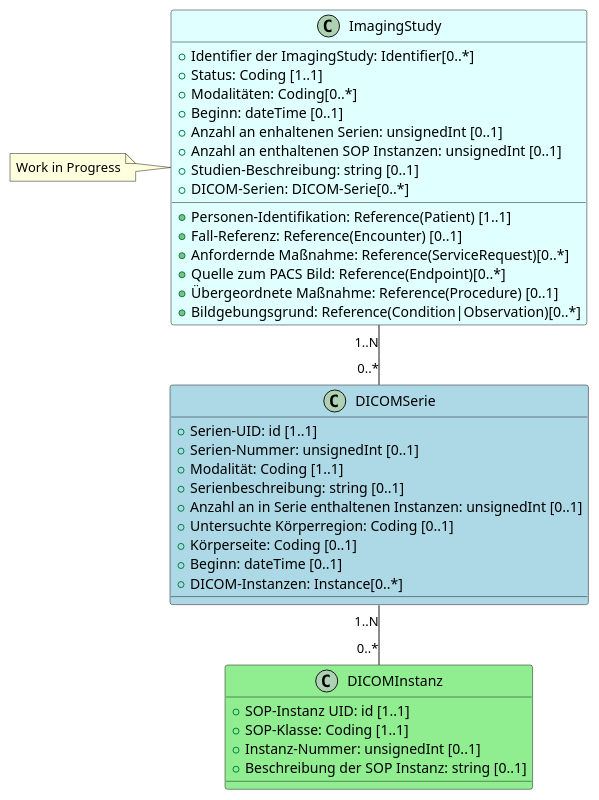
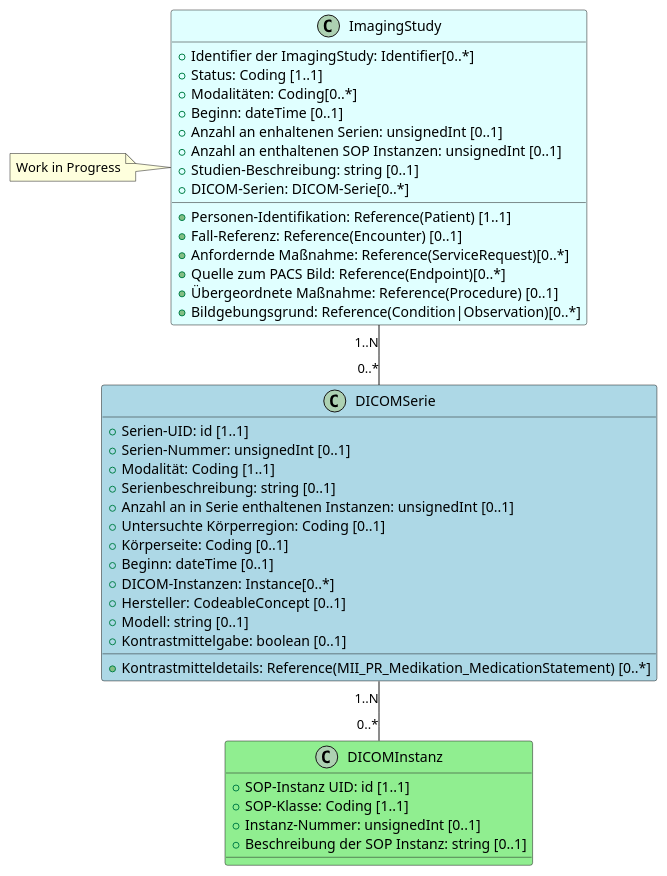
One commit to medizininformatik-initiative/kerndatensatz-bildgebung changed the diagram in plantUmlSrc/ImagingStudy.plantuml. Above: the diagram before and after it, drawn with PlantUML.

```diff
--- a/plantUmlSrc/ImagingStudy.plantuml
+++ b/plantUmlSrc/ImagingStudy.plantuml
@@ -1,41 +1,45 @@
 @startuml
 class ImagingStudy #LightCyan {
   + Identifier der ImagingStudy: Identifier[0..*]
   + Status: Coding [1..1]
   + Modalitäten: Coding[0..*]
   + Personen-Identifikation: Reference(Patient) [1..1]
   + Fall-Referenz: Reference(Encounter) [0..1]
   + Beginn: dateTime [0..1]
   + Anfordernde Maßnahme: Reference(ServiceRequest)[0..*]
   + Quelle zum PACS Bild: Reference(Endpoint)[0..*]
   + Anzahl an enhaltenen Serien: unsignedInt [0..1]
   + Anzahl an enthaltenen SOP Instanzen: unsignedInt [0..1]
   + Übergeordnete Maßnahme: Reference(Procedure) [0..1]
   + Bildgebungsgrund: Reference(Condition|Observation)[0..*]
   + Studien-Beschreibung: string [0..1]
   + DICOM-Serien: DICOM-Serie[0..*]
 }
 note left: Work in Progress
 
 class DICOMSerie #LightBlue {
   + Serien-UID: id [1..1]
   + Serien-Nummer: unsignedInt [0..1]
   + Modalität: Coding [1..1]
   + Serienbeschreibung: string [0..1]
   + Anzahl an in Serie enthaltenen Instanzen: unsignedInt [0..1]
   + Untersuchte Körperregion: Coding [0..1]
   + Körperseite: Coding [0..1]
   + Beginn: dateTime [0..1]
   + DICOM-Instanzen: Instance[0..*]
+  + Hersteller: CodeableConcept [0..1]
+  + Modell: string [0..1]
+  + Kontrastmittelgabe: boolean [0..1]
+  + Kontrastmitteldetails: Reference(MII_PR_Medikation_MedicationStatement) [0..*]
 }
 
 class DICOMInstanz #LightGreen {
   + SOP-Instanz UID: id [1..1]
   + SOP-Klasse: Coding [1..1]
   + Instanz-Nummer: unsignedInt [0..1]
   + Beschreibung der SOP Instanz: string [0..1]
 }
 
 ImagingStudy "1..N" -- "0..*" DICOMSerie
 DICOMSerie "1..N" -- "0..*" DICOMInstanz
 @enduml
```
